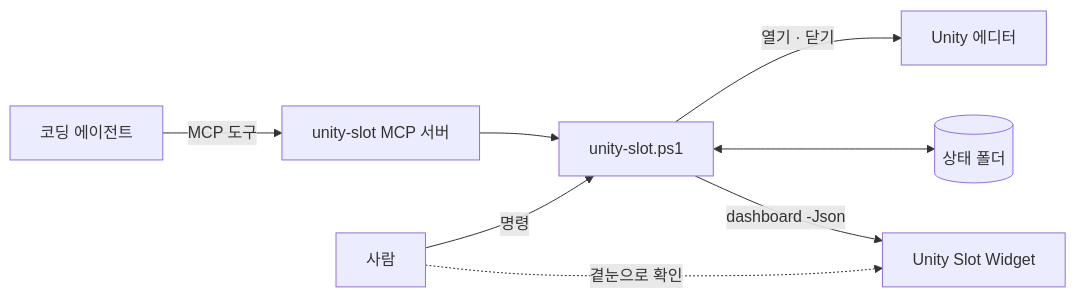
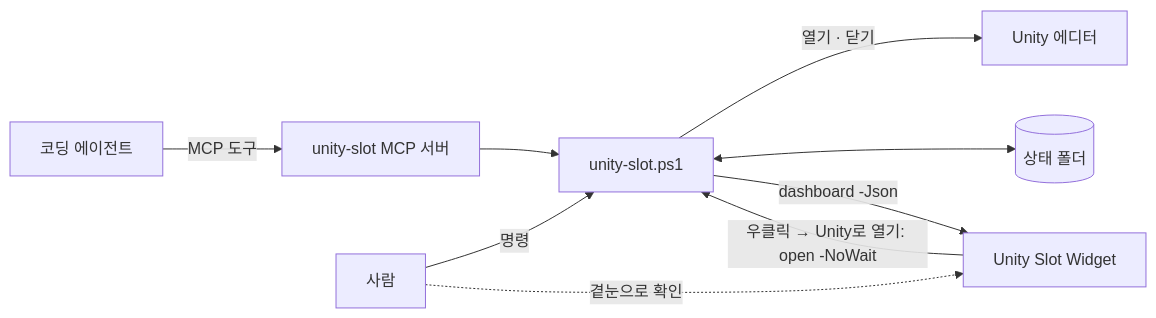
One commit to cyKim0115/unity-slot-widget changed the second of 2 diagrams in README.md. Above: the diagram before and after it, drawn with Mermaid. The commit also changed other lines of this file and 1 other file, not shown here.

Commit message:
문서 - README에 슬롯 우클릭 Unity로 열기 반영

````diff
--- a/README.md
+++ b/README.md
@@ -96,10 +99,11 @@
 ```mermaid
 flowchart LR
     agent["코딩 에이전트"] -- "MCP 도구" --> mcp["unity-slot MCP 서버"]
     person["사람"] -- "명령" --> cli["unity-slot.ps1"]
     mcp --> cli
     cli -- "열기 · 닫기" --> editor["Unity 에디터"]
     cli <--> state[("상태 폴더")]
     cli -- "dashboard -Json" --> widget["Unity Slot Widget"]
+    widget -- "우클릭 → Unity로 열기: open -NoWait" --> cli
     person -. "곁눈으로 확인" .-> widget
 ```
````
